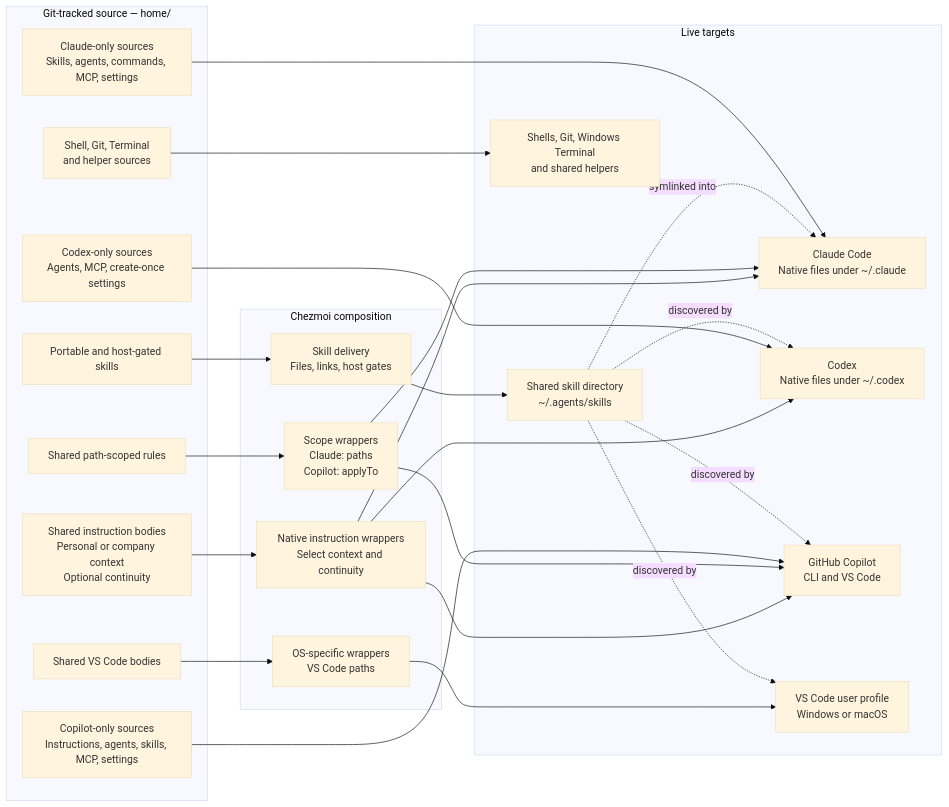
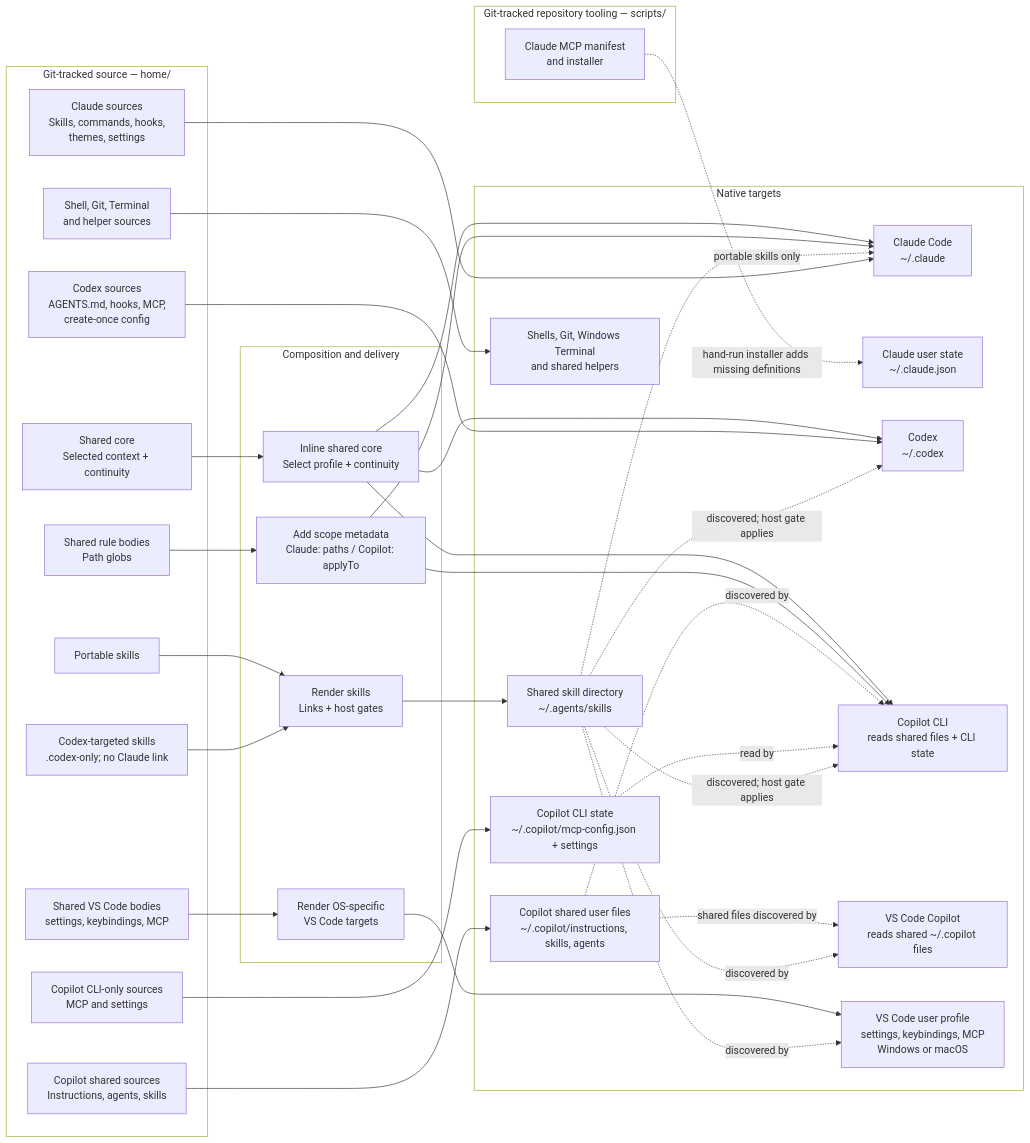
Before and after one commit to sherrilla71940/personal-agentic-dev-environment: the first of 3 diagrams in README.md, drawn with Mermaid. The commit also changed other lines of this file and 1 other file, not shown here.

Commit message:
docs(readme): clarify workflow and Mermaid diagrams

````diff
--- a/README.md
+++ b/README.md
@@ -62,54 +62,71 @@
 ```mermaid
-%%{init: {"theme": "base", "themeVariables": {"fontSize": "16px", "fontFamily": "system-ui, sans-serif"}, "flowchart": {"useMaxWidth": false}}}%%
+%%{init: {"themeVariables": {"clusterBkg": "transparent"}, "flowchart": {"useMaxWidth": false}}}%%
 flowchart LR
     subgraph source["Git-tracked source — home/"]
-        core["Shared instruction bodies<br/>Personal or company context<br/>Optional continuity"]
-        rules["Shared path-scoped rules"]
-        skills["Portable and host-gated skills"]
-        claudeNative["Claude-only sources<br/>Skills, agents, commands, MCP, settings"]
-        codexNative["Codex-only sources<br/>Agents, MCP, create-once settings"]
-        copilotNative["Copilot-only sources<br/>Instructions, agents, skills, MCP, settings"]
-        vscodeBody["Shared VS Code bodies"]
+        core["Shared core<br/>Selected context + continuity"]
+        rules["Shared rule bodies<br/>Path globs"]
+        portableSkills["Portable skills"]
+        codexSkills["Codex-targeted skills<br/>.codex-only; no Claude link"]
+        claudeNative["Claude sources<br/>Skills, commands, hooks,<br/>themes, settings"]
+        codexNative["Codex sources<br/>AGENTS.md, hooks, MCP,<br/>create-once config"]
+        copilotNative["Copilot shared sources<br/>Instructions, agents, skills"]
+        copilotCliNative["Copilot CLI-only sources<br/>MCP and settings"]
+        vscodeBody["Shared VS Code bodies<br/>settings, keybindings, MCP"]
         platform["Shell, Git, Terminal<br/>and helper sources"]
     end
 
-    subgraph render["Chezmoi composition"]
-        instructionAdapters["Native instruction wrappers<br/>Select context and continuity"]
-        ruleAdapters["Scope wrappers<br/>Claude: paths<br/>Copilot: applyTo"]
-        skillDelivery["Skill delivery<br/>Files, links, host gates"]
-        osAdapters["OS-specific wrappers<br/>VS Code paths"]
+    subgraph tooling["Git-tracked repository tooling — scripts/"]
+        claudeMcp["Claude MCP manifest<br/>and installer"]
     end
 
-    subgraph targets["Live targets"]
-        claude["Claude Code<br/>Native files under ~/.claude"]
-        codex["Codex<br/>Native files under ~/.codex"]
-        copilot["GitHub Copilot<br/>CLI and VS Code"]
+    subgraph render["Composition and delivery"]
+        instructionAdapters["Inline shared core<br/>Select profile + continuity"]
+        ruleAdapters["Add scope metadata<br/>Claude: paths / Copilot: applyTo"]
+        skillDelivery["Render skills<br/>Links + host gates"]
+        osAdapters["Render OS-specific<br/>VS Code targets"]
+    end
+
+    subgraph targets["Native targets"]
+        claude["Claude Code<br/>~/.claude"]
+        claudeState["Claude user state<br/>~/.claude.json"]
+        codex["Codex<br/>~/.codex"]
+        copilotFiles["Copilot shared user files<br/>~/.copilot/instructions, skills, agents"]
+        copilotCli["Copilot CLI<br/>reads shared files + CLI state"]
+        copilotCliState["Copilot CLI state<br/>~/.copilot/mcp-config.json + settings"]
+        copilotHost["VS Code Copilot<br/>reads shared ~/.copilot files"]
         agents["Shared skill directory<br/>~/.agents/skills"]
-        vscode["VS Code user profile<br/>Windows or macOS"]
+        vscode["VS Code user profile<br/>settings, keybindings, MCP<br/>Windows or macOS"]
         other["Shells, Git, Windows Terminal<br/>and shared helpers"]
     end
 
     core --> instructionAdapters
     instructionAdapters --> claude
     instructionAdapters --> codex
-    instructionAdapters --> copilot
+    instructionAdapters --> copilotCli
 
     rules --> ruleAdapters
     ruleAdapters --> claude
-    ruleAdapters --> copilot
+    ruleAdapters --> copilotCli
 
-    skills --> skillDelivery
+    portableSkills --> skillDelivery
+    codexSkills --> skillDelivery
     skillDelivery --> agents
-    agents -.->|"symlinked into"| claude
+    agents -.->|"portable skills only"| claude
 
     claudeNative --> claude
+    claudeMcp -.->|"hand-run installer adds missing definitions"| claudeState
     codexNative --> codex
-    copilotNative --> copilot
+    copilotNative --> copilotFiles
+    copilotCliNative --> copilotCliState
 
     vscodeBody --> osAdapters --> vscode
     platform --> other
 
-    agents -.->|"discovered by"| codex
-    agents -.->|"discovered by"| copilot
+    copilotFiles -.->|"discovered by"| copilotCli
+    copilotFiles -.->|"shared files discovered by"| copilotHost
+    copilotCliState -.->|"read by"| copilotCli
+    agents -.->|"discovered; host gate applies"| codex
+    agents -.->|"discovered; host gate applies"| copilotCli
+    agents -.->|"discovered by"| copilotHost
     agents -.->|"discovered by"| vscode
 ```
````
